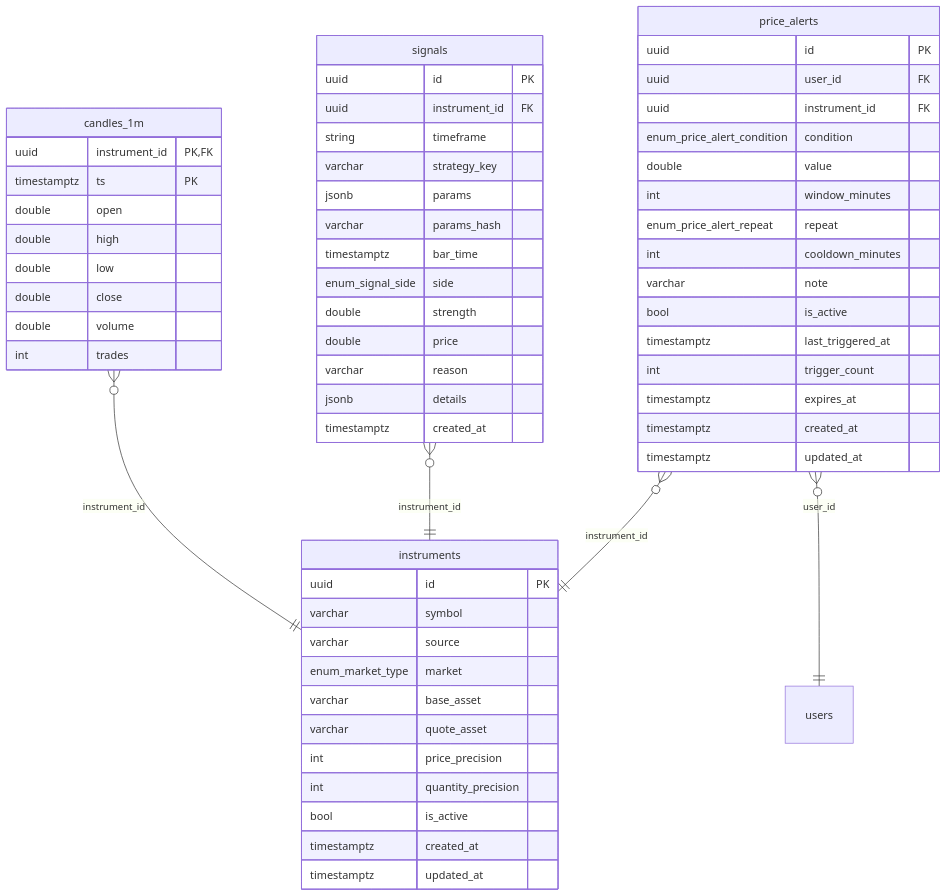
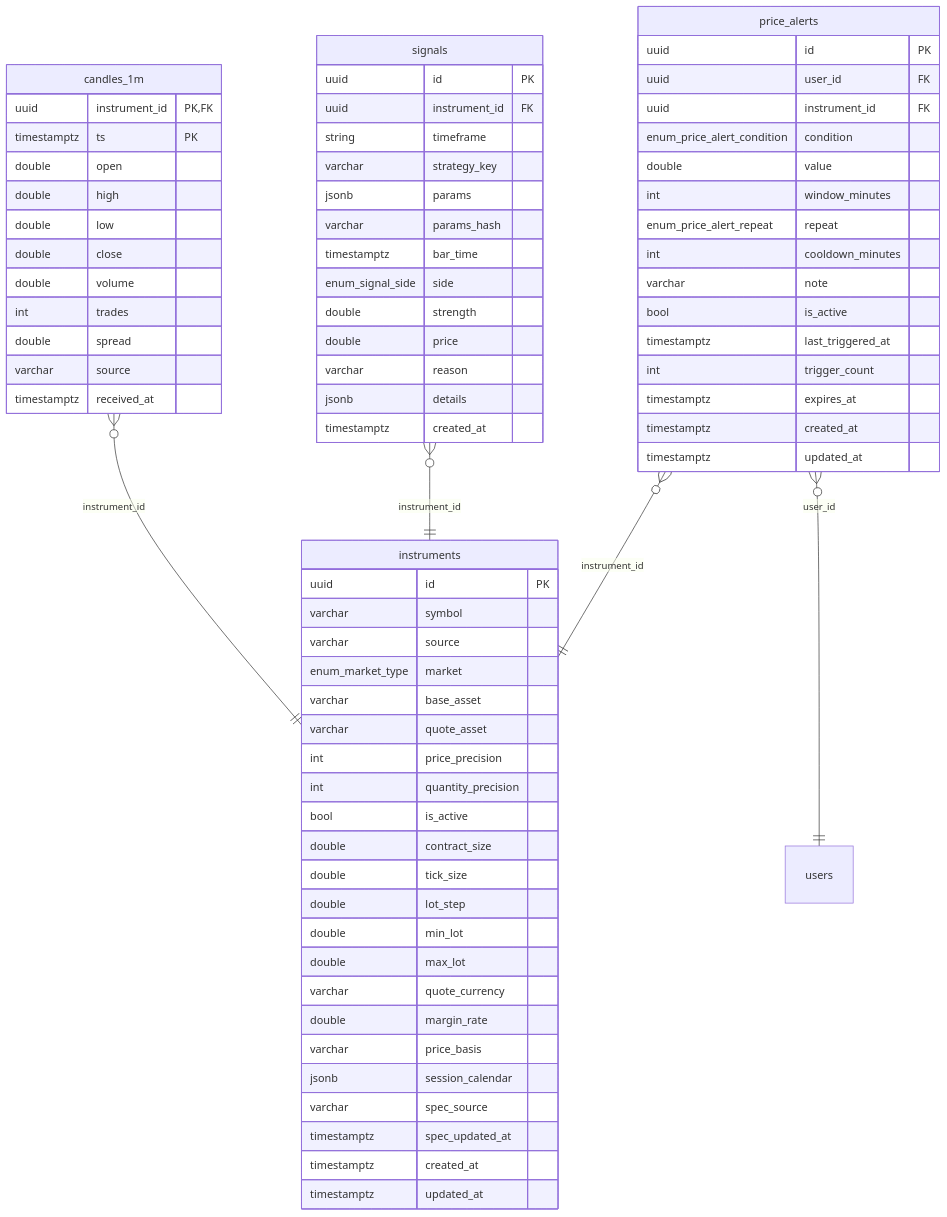
The diagram in docs/erd/mmd/market.mmd (yazan-alsamman/ai-trading-analysis-system), drawn with Mermaid before and after one commit. The commit also changed 10 other files, not shown here.

```diff
--- a/docs/erd/mmd/market.mmd
+++ b/docs/erd/mmd/market.mmd
@@ -1,61 +1,75 @@
 erDiagram
     instruments {
         uuid id PK
         varchar symbol
         varchar source
         enum_market_type market
         varchar base_asset
         varchar quote_asset
         int price_precision
         int quantity_precision
         bool is_active
+        double contract_size
+        double tick_size
+        double lot_step
+        double min_lot
+        double max_lot
+        varchar quote_currency
+        double margin_rate
+        varchar price_basis
+        jsonb session_calendar
+        varchar spec_source
+        timestamptz spec_updated_at
         timestamptz created_at
         timestamptz updated_at
     }
     candles_1m {
         uuid instrument_id PK, FK
         timestamptz ts PK
         double open
         double high
         double low
         double close
         double volume
         int trades
+        double spread
+        varchar source
+        timestamptz received_at
     }
     signals {
         uuid id PK
         uuid instrument_id FK
         string timeframe
         varchar strategy_key
         jsonb params
         varchar params_hash
         timestamptz bar_time
         enum_signal_side side
         double strength
         double price
         varchar reason
         jsonb details
         timestamptz created_at
     }
     price_alerts {
         uuid id PK
         uuid user_id FK
         uuid instrument_id FK
         enum_price_alert_condition condition
         double value
         int window_minutes
         enum_price_alert_repeat repeat
         int cooldown_minutes
         varchar note
         bool is_active
         timestamptz last_triggered_at
         int trigger_count
         timestamptz expires_at
         timestamptz created_at
         timestamptz updated_at
     }
     users
     candles_1m }o--|| instruments : "instrument_id"
     price_alerts }o--|| instruments : "instrument_id"
     price_alerts }o--|| users : "user_id"
     signals }o--|| instruments : "instrument_id"
```
